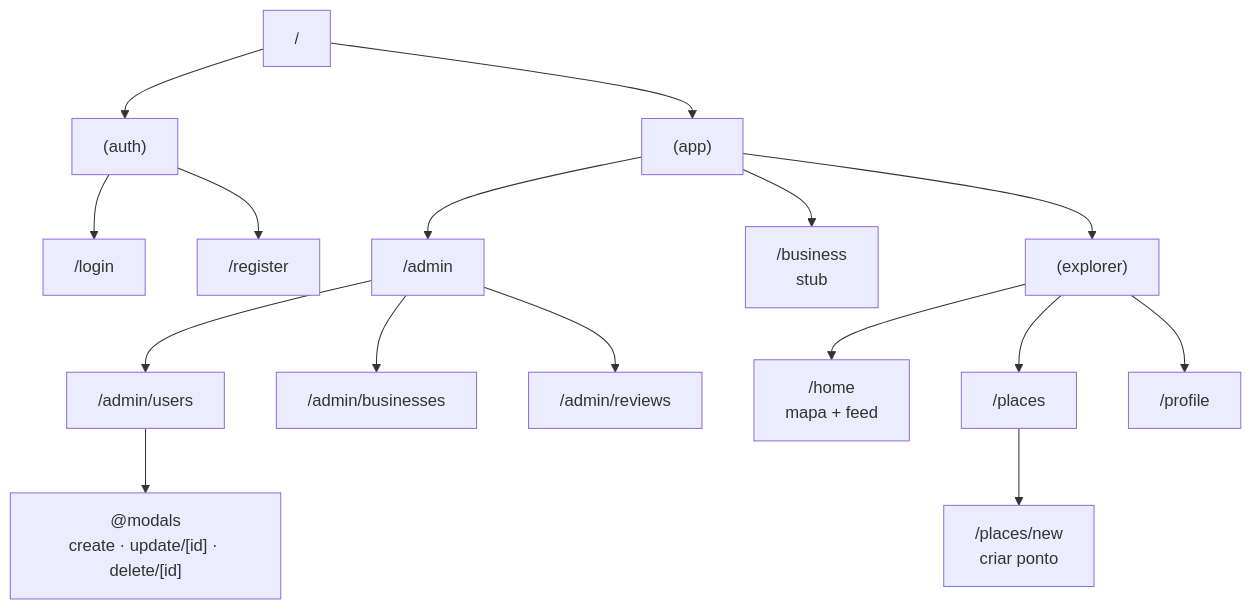
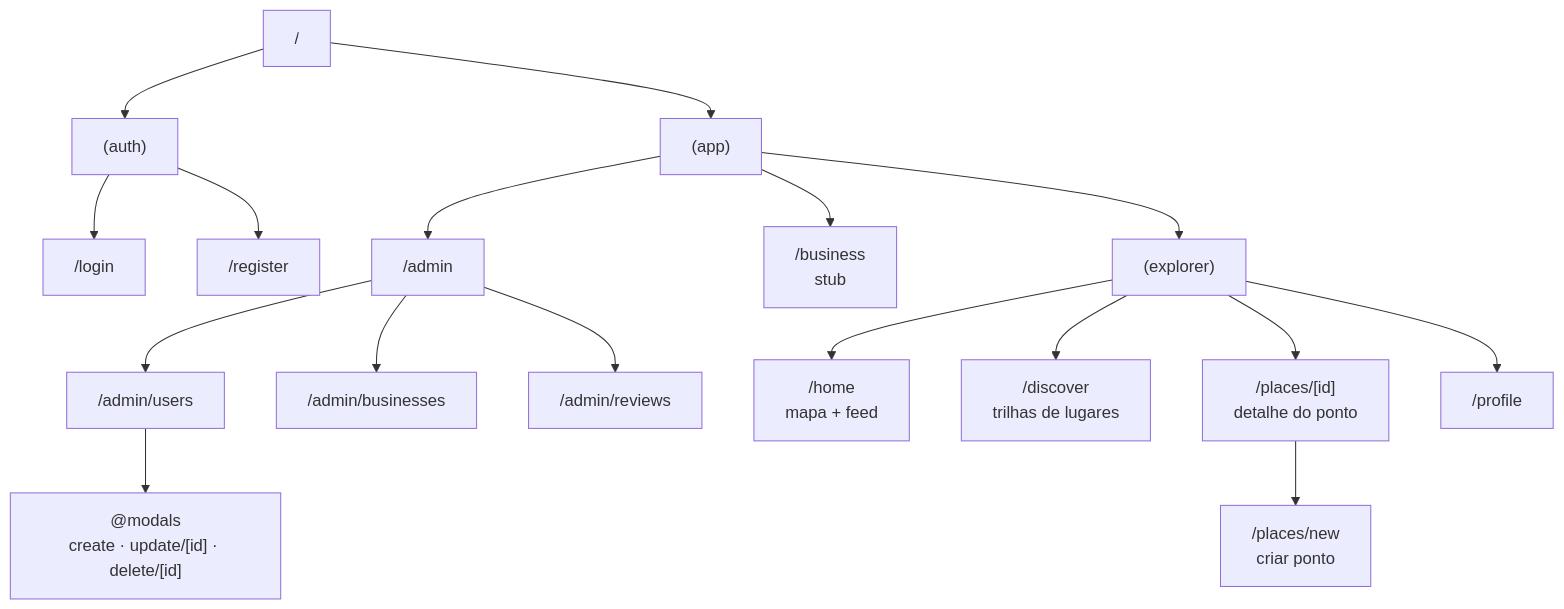
Before and after one commit to stxrdust999/soromaps: the first of 3 diagrams in docs/wiki/11-frontend-web.md, drawn with Mermaid. The commit also changed 5 other files, not shown here.

````diff
--- a/docs/wiki/11-frontend-web.md
+++ b/docs/wiki/11-frontend-web.md
@@ -18,22 +18,23 @@
 ```mermaid
 flowchart TD
     ROOT["/"] --> AUTH["(auth)"]
     ROOT --> APP["(app)"]
 
     AUTH --> LOGIN["/login"]
     AUTH --> REG["/register"]
 
     APP --> ADM["/admin"]
     ADM --> ADMU["/admin/users"]
     ADM --> ADMB["/admin/businesses"]
     ADM --> ADMR["/admin/reviews"]
     ADMU --> MOD["@modals<br/>create · update/[id] · delete/[id]"]
 
     APP --> BIZ["/business<br/>stub"]
 
     APP --> EXP["(explorer)"]
     EXP --> HOME["/home<br/>mapa + feed"]
-    EXP --> PLACES["/places"]
+    EXP --> DISC["/discover<br/>trilhas de lugares"]
+    EXP --> PLACES["/places/[id]<br/>detalhe do ponto"]
     PLACES --> NEW["/places/new<br/>criar ponto"]
     EXP --> PROF["/profile"]
 ```
````
